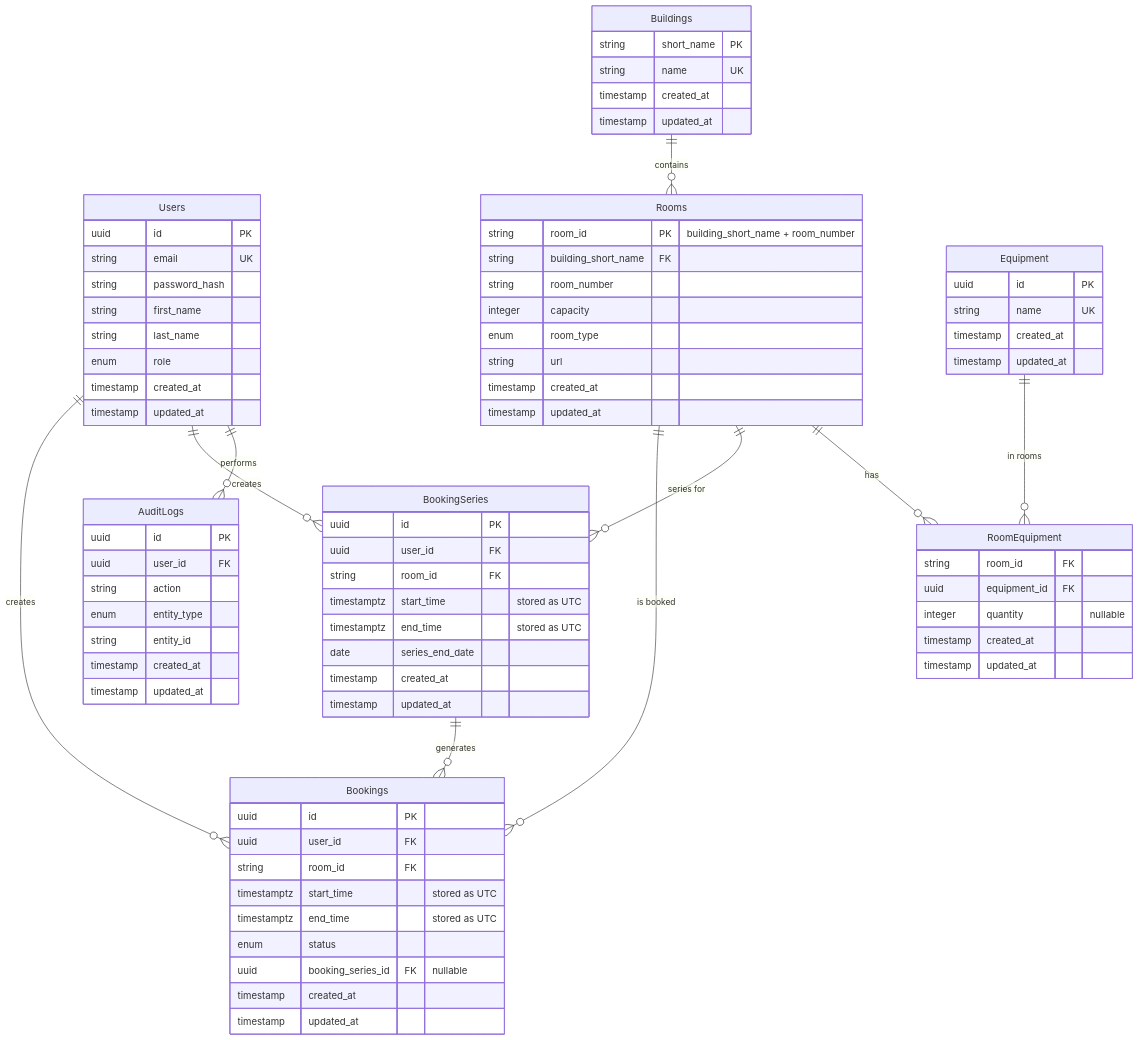
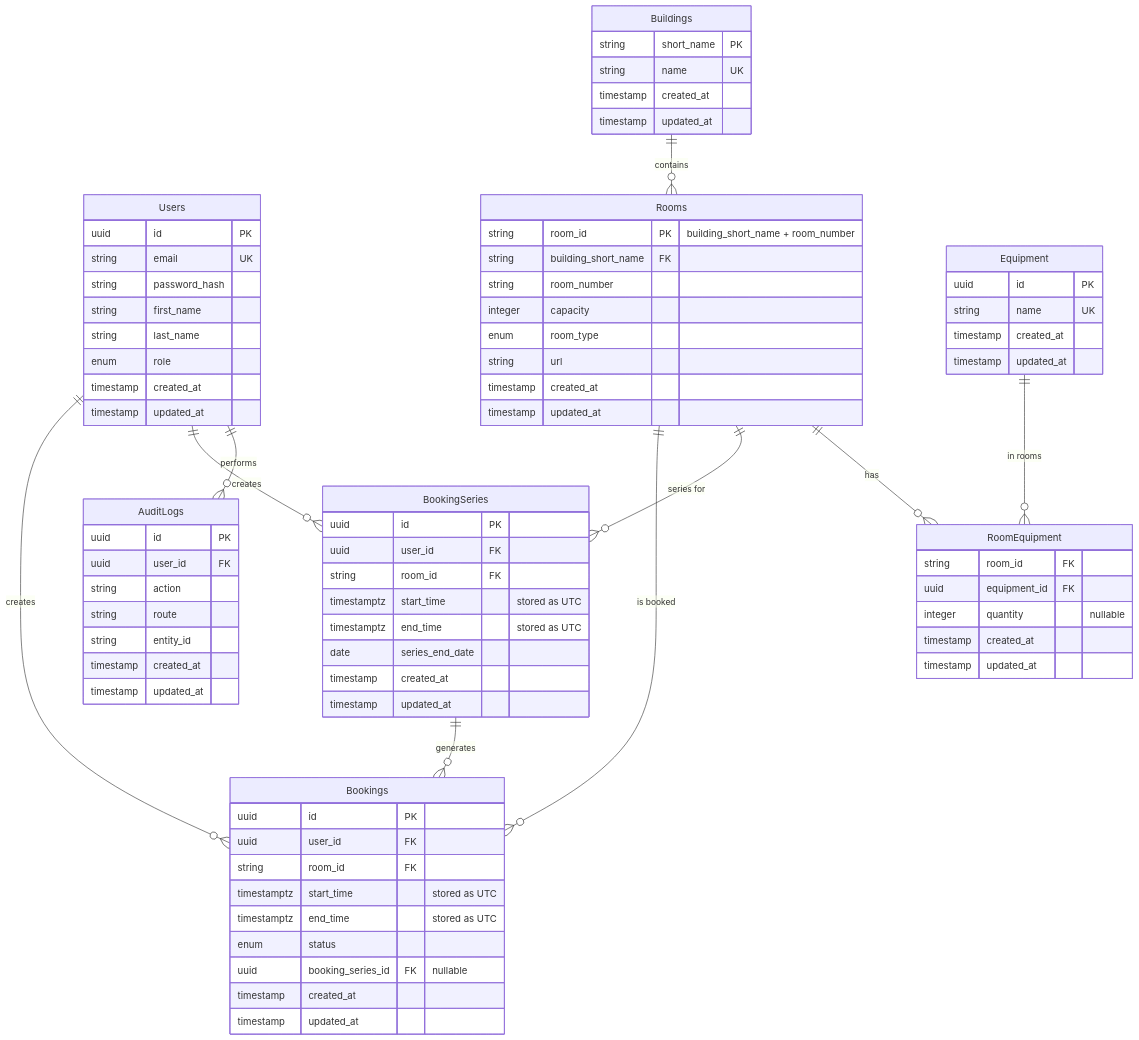
Before and after one commit to eric-handley/seng-350: the diagram in docs/db/schema.md, drawn with Mermaid. The commit also changed 9 other files, not shown here.

```diff
--- a/docs/db/schema.md
+++ b/docs/db/schema.md
@@ -71,7 +71,7 @@
         uuid id PK
         uuid user_id FK
         string action
-        enum entity_type
+        string route
         string entity_id
         timestamp created_at
         timestamp updated_at
```
